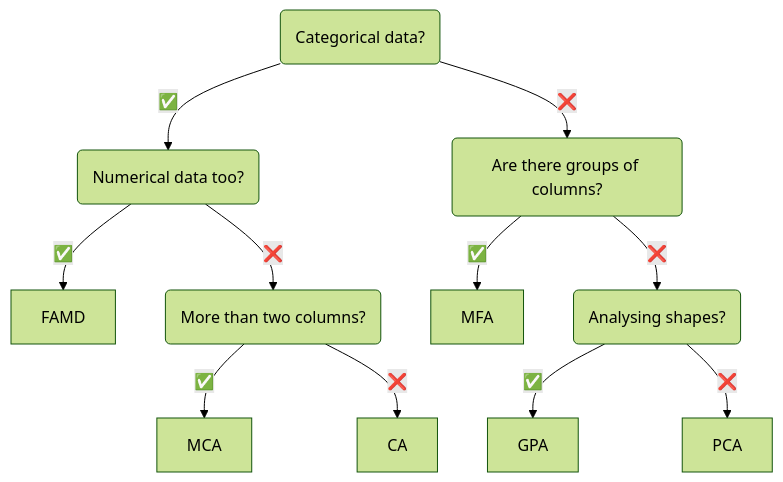
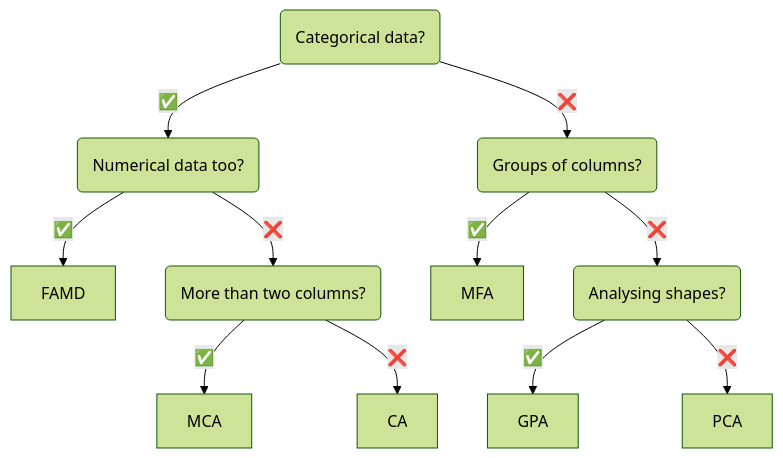
Before and after one commit to MaxHalford/prince: the diagram in README.md, drawn with Mermaid (forest theme). The commit also changed 2 other files, not shown here.

````diff
--- a/README.md
+++ b/README.md
@@ -86,19 +86,13 @@
 ```mermaid
 flowchart TD
     cat?(Categorical data?) --> |"✅"| num_too?(Numerical data too?)
     num_too? --> |"✅"| FAMD
     num_too? --> |"❌"| multiple_cat?(More than two columns?)
     multiple_cat? --> |"✅"| MCA
     multiple_cat? --> |"❌"| CA
-    cat? --> |"❌"| groups?(Are there groups of columns?)
+    cat? --> |"❌"| groups?(Groups of columns?)
     groups? --> |"✅"| MFA
     groups? --> |"❌"| shapes?(Analysing shapes?)
     shapes? --> |"✅"| GPA
     shapes? --> |"❌"| PCA
-    click PCA "maxhalford.github.io" "Principal component analysis"
-    click CA "/ca" "Correspondence analysis"
-    click MCA "/mca" "Principal component analysis"
-    click MFA "/mfa" "Multiple factor analysis"
-    click FAMD "/famd" "Factor analysis of mixed data"
-    click GPA "/gpa" "Generalized Procrustes analysis"
 ```
````
